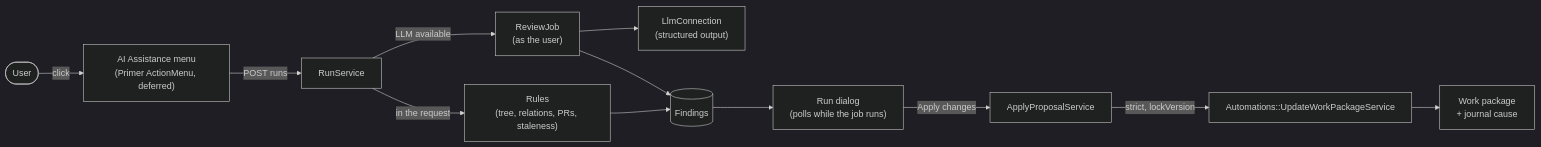
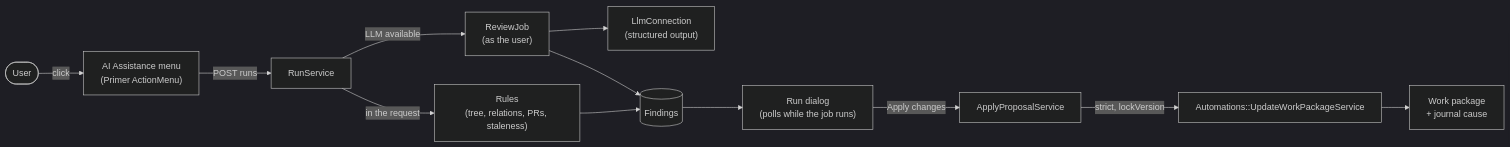
One commit to opf/openproject changed the diagram in docs/development/concepts/ai-assistance/README.md. Above: the diagram before and after it, drawn with Mermaid (dark theme). The commit also changed other lines of this file and 54 other files, not shown here.

````diff
--- a/docs/development/concepts/ai-assistance/README.md
+++ b/docs/development/concepts/ai-assistance/README.md
@@ -27,14 +27,14 @@
 ```mermaid
 flowchart LR
-  U([User]) -->|click| M["AI Assistance menu<br/>(Primer ActionMenu, deferred)"]
+  U([User]) -->|click| M["AI Assistance menu<br/>(Primer ActionMenu)"]
   M -->|POST runs| RS["RunService"]
   RS -->|in the request| R["Rules<br/>(tree, relations, PRs, staleness)"]
   RS -->|LLM available| J["ReviewJob<br/>(as the user)"]
   J --> LLM["LlmConnection<br/>(structured output)"]
   R --> F[("Findings")]
   J --> F
   F --> D["Run dialog<br/>(polls while the job runs)"]
   D -->|Apply changes| A["ApplyProposalService"]
   A -->|strict, lockVersion| AU["Automations::UpdateWorkPackageService"]
   AU --> WP["Work package<br/>+ journal cause"]
 ```
````
